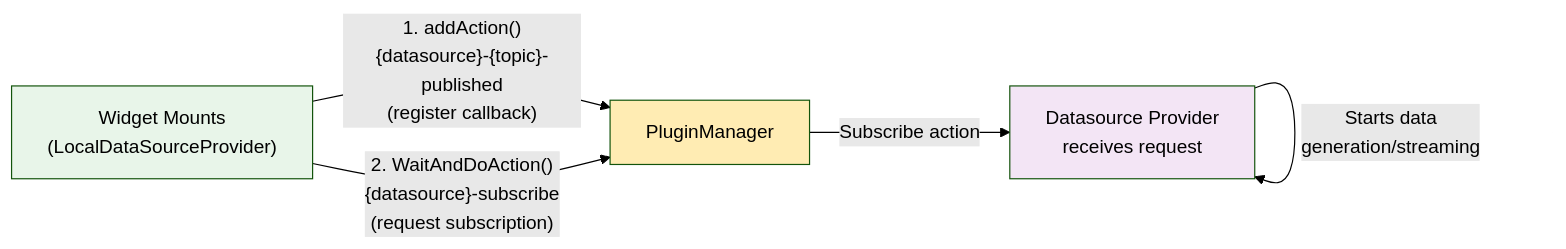
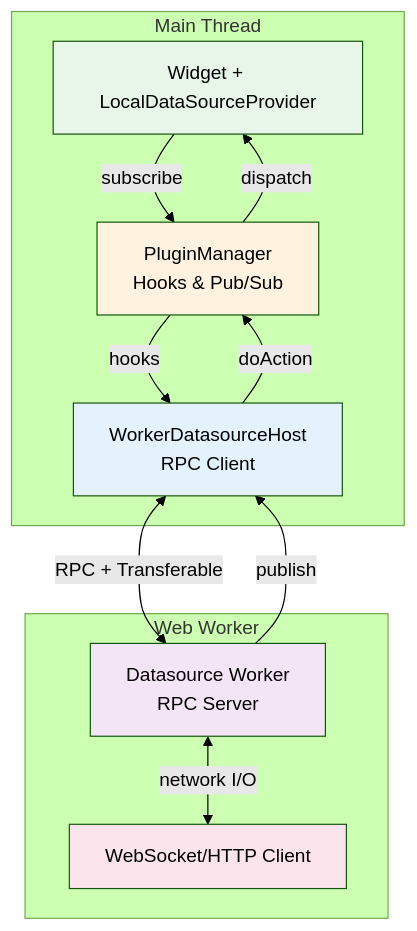
One commit to RMA-Robotics-Autonomous-Systems/ORMI changed the first of 6 diagrams in apps/web/content/docs/v1/core/data-flow.md. Above: the diagram before and after it, drawn with Mermaid (forest theme). The commit also changed other lines of this file and 4 other files, not shown here.

````diff
--- a/apps/web/content/docs/v1/core/data-flow.md
+++ b/apps/web/content/docs/v1/core/data-flow.md
@@ -16,12 +12,27 @@
 ```mermaid
-graph LR
-    W["Widget Mounts<br/>(LocalDataSourceProvider)"]
-    W -->|"1. addAction()<br/>{datasource}-{topic}-published<br/>(register callback)"| PM["PluginManager"]
-    W -->|"2. WaitAndDoAction()<br/>{datasource}-subscribe<br/>(request subscription)"| PM
-    PM -->|"Subscribe action"| DS["Datasource Provider<br/>receives request"]
-    DS -->|"Starts data<br/>generation/streaming"| DS
+graph TB
+    subgraph "Main Thread"
+        W[Widget + LocalDataSourceProvider]
+        PM[PluginManager<br/>Hooks & Pub/Sub]
+        HOST[WorkerDatasourceHost<br/>RPC Client]
+    end
+
+    subgraph "Web Worker"
+        WORKER[Datasource Worker<br/>RPC Server]
+        CLIENT[WebSocket/HTTP Client]
+    end
+
+    W -->|"subscribe"| PM
+    PM -->|"hooks"| HOST
+    HOST <-->|"RPC + Transferable"| WORKER
+    WORKER <-->|"network I/O"| CLIENT
+    WORKER -->|"publish"| HOST
+    HOST -->|"doAction"| PM
+    PM -->|"dispatch"| W
 
     style W fill:#e8f5e9
-    style PM fill:#ffecb3
-    style DS fill:#f3e5f5
+    style PM fill:#fff3e0
+    style HOST fill:#e3f2fd
+    style WORKER fill:#f3e5f5
+    style CLIENT fill:#fce4ec
 ```
````
